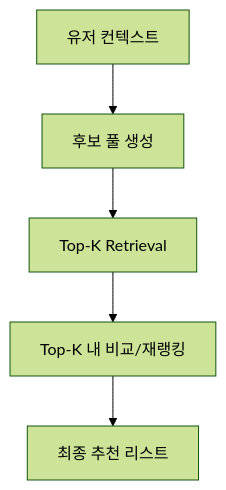
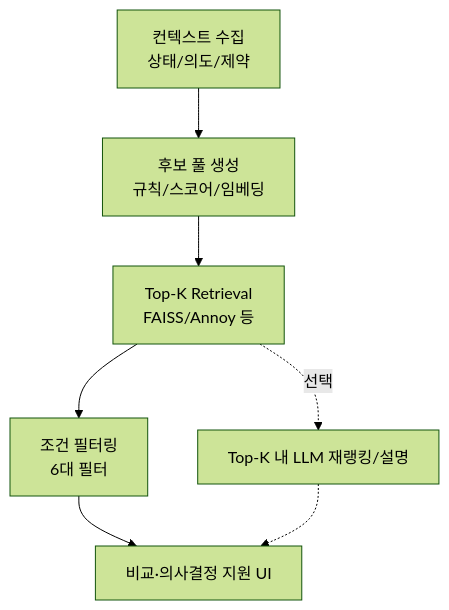
One commit to Game-recommend-sys-agent/Steam_Game_Recommand_Agent changed the third of 11 diagrams in docs/workflow.md. Above: the diagram before and after it, drawn with Mermaid (forest theme). The commit also changed other lines of this file and 5 other files, not shown here.

````diff
--- a/docs/workflow.md
+++ b/docs/workflow.md
@@ -102,12 +67,9 @@
 ```mermaid
 flowchart TB
-    Context[유저 컨텍스트]
-    Pool[후보 풀 생성]
-    TopK[Top-K Retrieval]
-    Rerank[Top-K 내 비교/재랭킹]
-    Final[최종 추천 리스트]
-    Context --> Pool
-    Pool --> TopK
-    TopK --> Rerank
-    Rerank --> Final
+    Ctx[컨텍스트 수집<br/>상태/의도/제약] --> Pool[후보 풀 생성<br/>규칙/스코어/임베딩]
+    Pool --> TopK[Top-K Retrieval<br/>FAISS/Annoy 등]
+    TopK --> Filters[조건 필터링<br/>6대 필터]
+    Filters --> UI[비교·의사결정 지원 UI]
+    TopK -.선택.-> LLM[Top-K 내 LLM 재랭킹/설명]
+    LLM -.-> UI
 ```
````
